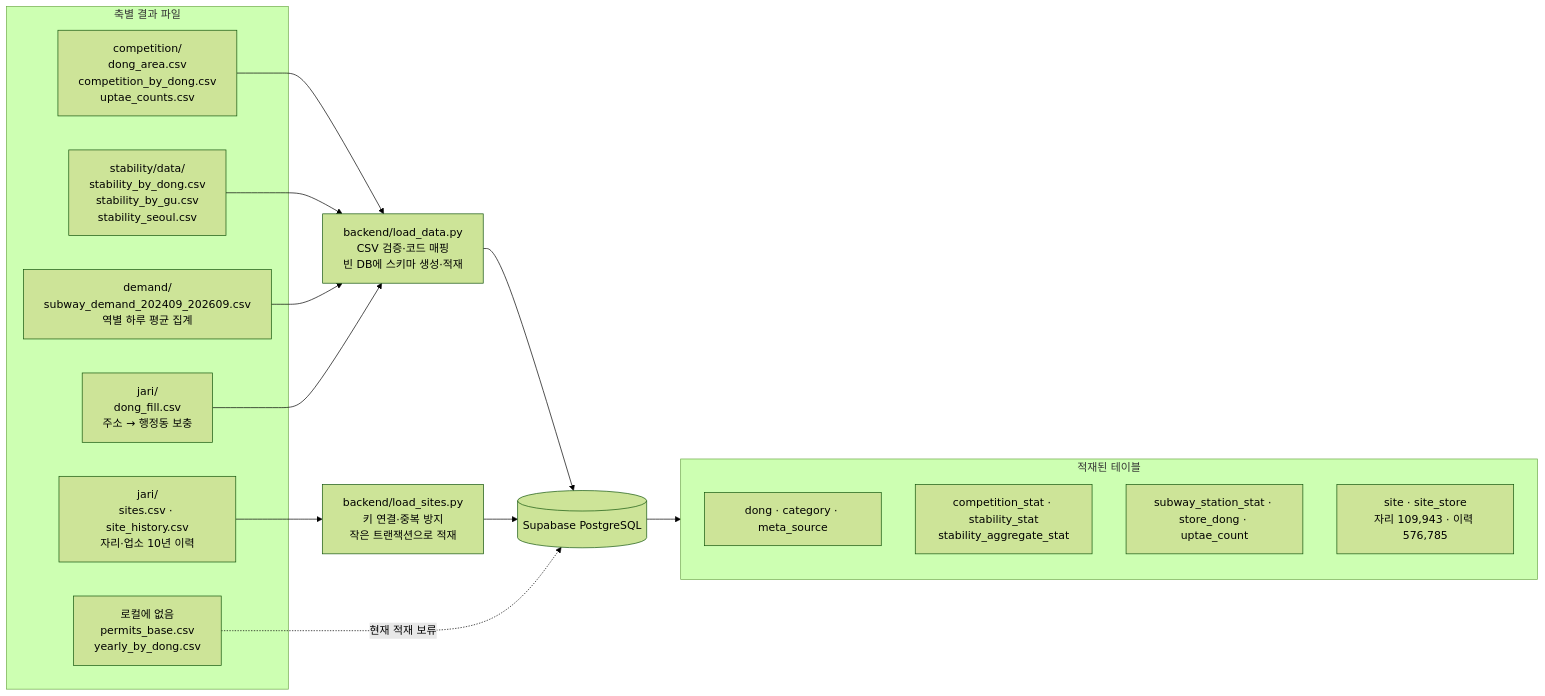
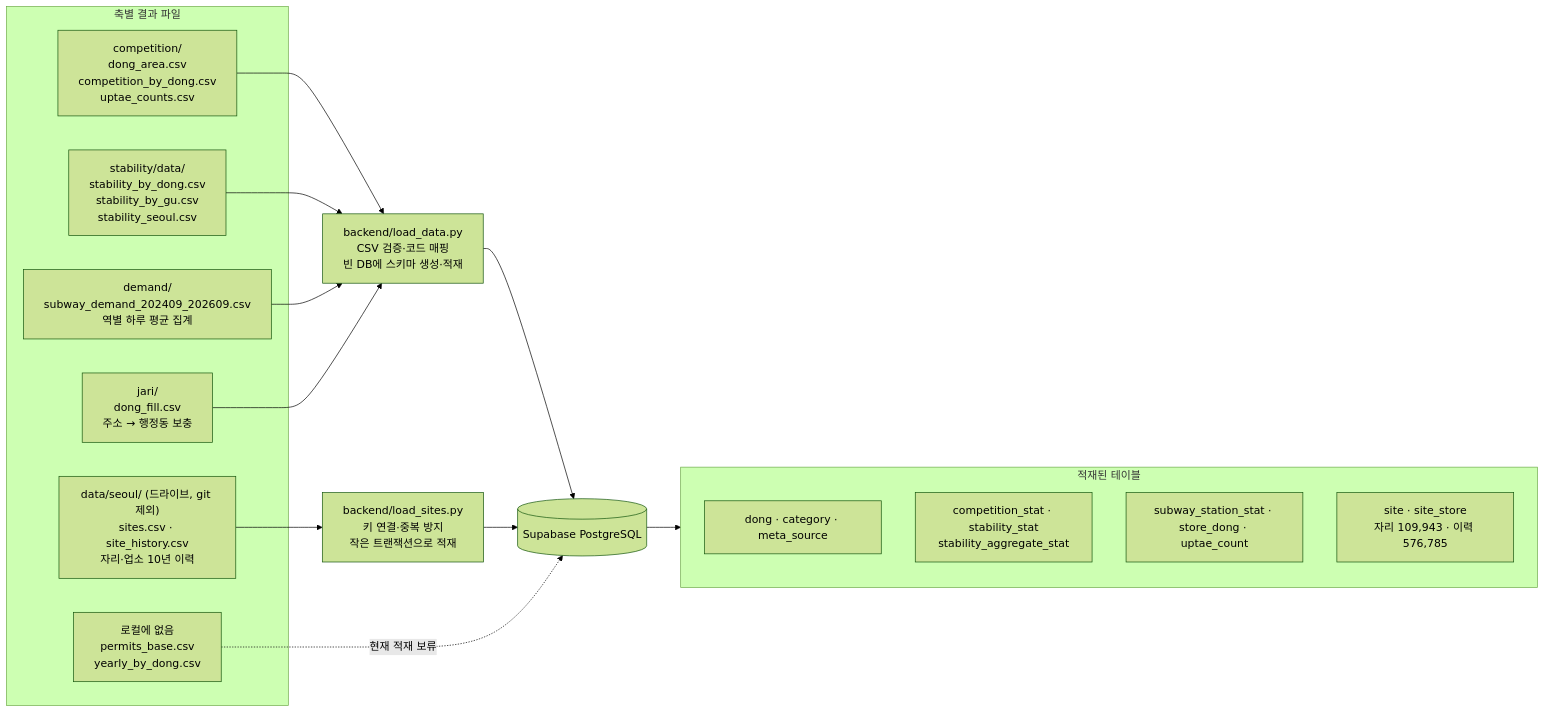
Before and after one commit to chloeyschung/where-to-open: the second of 2 diagrams in docs/architecture.md, drawn with Mermaid (forest theme). The commit also changed other lines of this file and 22 other files, not shown here.

First line of the commit message:
자리 CSV·React 템플릿 빼기: load_sites는 data/seoul/에서 읽음

````diff
--- a/docs/architecture.md
+++ b/docs/architecture.md
@@ -34,28 +34,28 @@
 ```mermaid
 flowchart LR
     subgraph SOURCES[축별 결과 파일]
         COMP["competition/<br/>dong_area.csv<br/>competition_by_dong.csv<br/>uptae_counts.csv"]
         STAB["stability/data/<br/>stability_by_dong.csv<br/>stability_by_gu.csv<br/>stability_seoul.csv"]
         DEMAND["demand/<br/>subway_demand_202409_202609.csv<br/>역별 하루 평균 집계"]
         JARI["jari/<br/>dong_fill.csv<br/>주소 → 행정동 보충"]
-        SITE["jari/<br/>sites.csv · site_history.csv<br/>자리·업소 10년 이력"]
+        SITE["data/seoul/ (드라이브, git 제외)<br/>sites.csv · site_history.csv<br/>자리·업소 10년 이력"]
         MISSING["로컬에 없음<br/>permits_base.csv<br/>yearly_by_dong.csv"]
     end
 
     COMP --> LOADER["backend/load_data.py<br/>CSV 검증·코드 매핑<br/>빈 DB에 스키마 생성·적재"]
     STAB --> LOADER
     DEMAND --> LOADER
     JARI --> LOADER
     SITE --> SITELOADER["backend/load_sites.py<br/>키 연결·중복 방지<br/>작은 트랜잭션으로 적재"]
     LOADER --> DB[("Supabase PostgreSQL")]
     SITELOADER --> DB
     MISSING -.->|현재 적재 보류| DB
 
     subgraph TABLES[적재된 테이블]
         T1["dong · category · meta_source"]
         T2["competition_stat · stability_stat<br/>stability_aggregate_stat"]
         T3["subway_station_stat · store_dong · uptae_count"]
         T4["site · site_store<br/>자리 109,943 · 이력 576,785"]
     end
     DB --> TABLES
 ```
````
